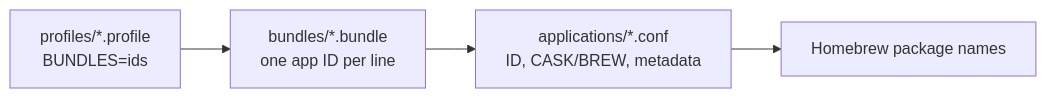
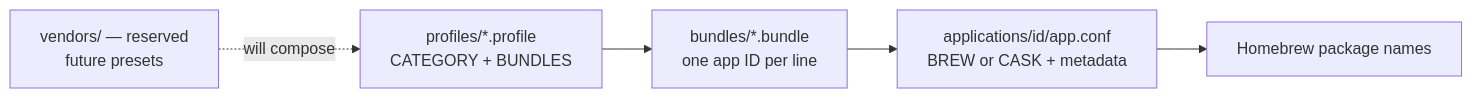
The second of 3 diagrams in docs/Deployment-Design.md (JorgeSucre/jb-ToolKit), drawn with Mermaid before and after one commit. The commit also changed other lines of this file and 5 other files, not shown here.

````diff
--- a/docs/Deployment-Design.md
+++ b/docs/Deployment-Design.md
@@ -70,6 +131,7 @@
 ```mermaid
 graph LR
-    P[profiles/*.profile<br/>BUNDLES=ids] --> B[bundles/*.bundle<br/>one app ID per line]
-    B --> A[applications/*.conf<br/>ID, CASK/BREW, metadata]
+    V[vendors/ — reserved<br/>future presets] -.->|will compose| P
+    P[profiles/*.profile<br/>CATEGORY + BUNDLES] --> B[bundles/*.bundle<br/>one app ID per line]
+    B --> A[applications/id/app.conf<br/>BREW or CASK + metadata]
     A --> HB[Homebrew package names]
 ```
````
